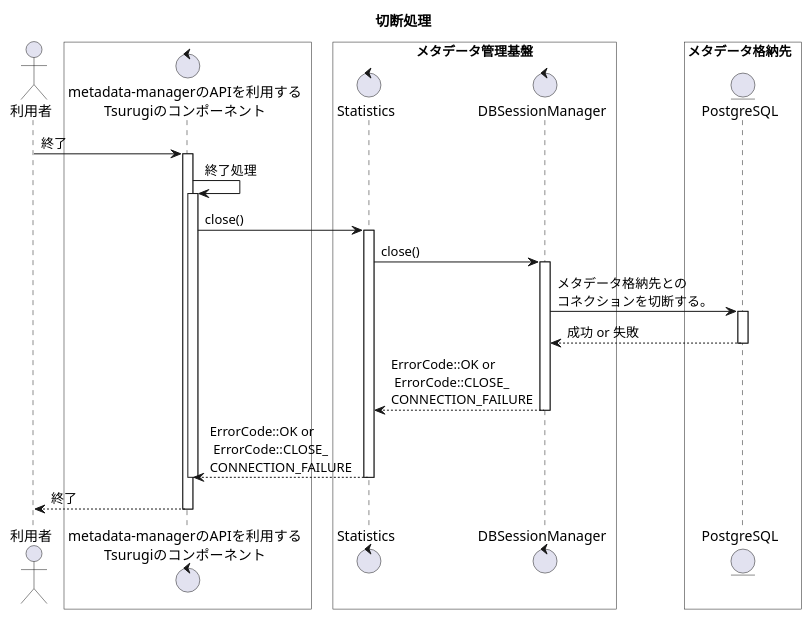
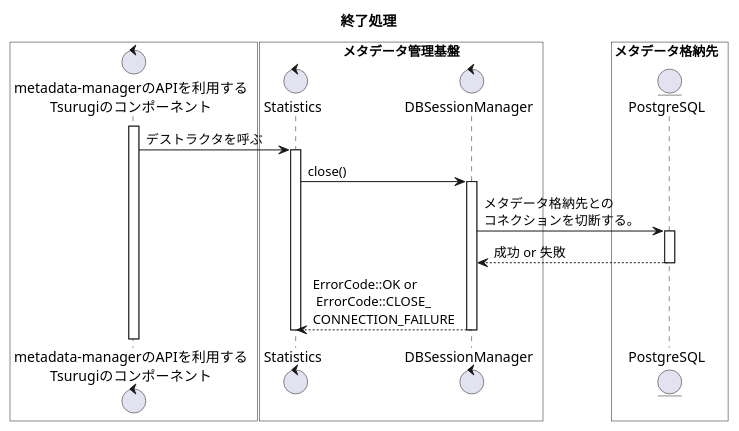
Before and after one commit to project-tsurugi/metadata-manager: the second of 12 diagrams in metadata-manager/docs/statistic/02.FD/uml/SequenceDiagram_detail.pu, drawn with PlantUML. The commit also changed other lines of this file and 18 other files, not shown here.

Commit message:
Fix error code and Change method name connect() to initialize()

```diff
--- a/metadata-manager/docs/statistic/02.FD/uml/SequenceDiagram_detail.pu
+++ b/metadata-manager/docs/statistic/02.FD/uml/SequenceDiagram_detail.pu
@@ -84,36 +84,28 @@
 @startuml
-title 切断処理
+title 終了処理
 
-actor 利用者 as user
 box #White
 control "metadata-managerのAPIを利用する\nTsurugiのコンポーネント" as ogawayama
 end box
 box "メタデータ管理基盤" #White
 control "Statistics" as Statistics
 control "DBSessionManager" as DBSessionManager
 end box
 box メタデータ格納先  #White
 entity "PostgreSQL" as metadata_storage
 end box
 
-user -> ogawayama : 終了
 activate ogawayama
-ogawayama -> ogawayama : 終了処理
-activate ogawayama
-ogawayama -> Statistics : close()
+ogawayama -> Statistics : デストラクタを呼ぶ
 activate Statistics
 Statistics -> DBSessionManager : close()
 activate DBSessionManager
 DBSessionManager -> metadata_storage : メタデータ格納先との\nコネクションを切断する。
 activate metadata_storage
 DBSessionManager <-- metadata_storage : 成功 or 失敗
 deactivate metadata_storage
 Statistics <-- DBSessionManager : ErrorCode::OK or\n ErrorCode::CLOSE_\nCONNECTION_FAILURE
 deactivate DBSessionManager
-ogawayama <-- Statistics : ErrorCode::OK or\n ErrorCode::CLOSE_\nCONNECTION_FAILURE
 deactivate Statistics
-deactivate ogawayama
 deactivate DBSessionManager
-user <-- ogawayama : 終了
-deactivate ogawayama
 @enduml
```
